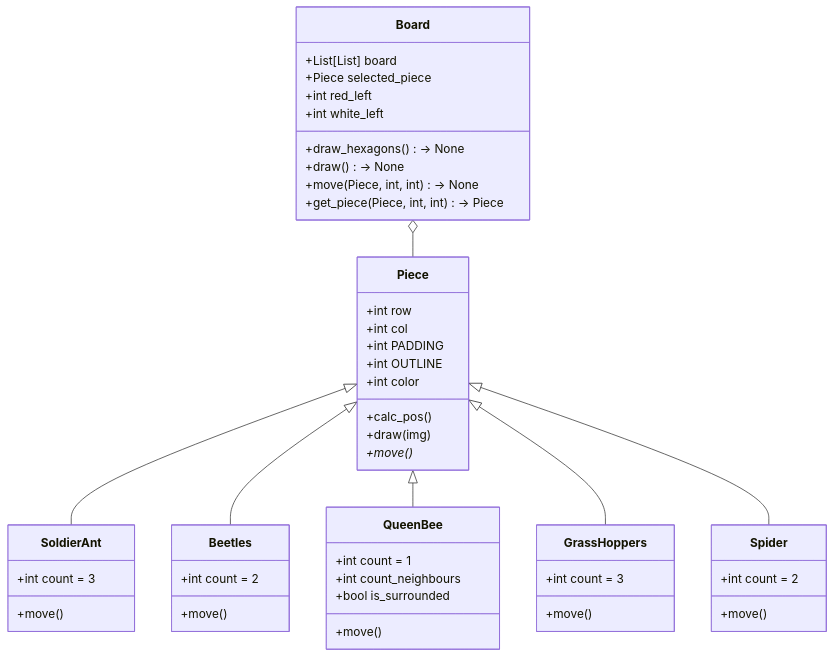
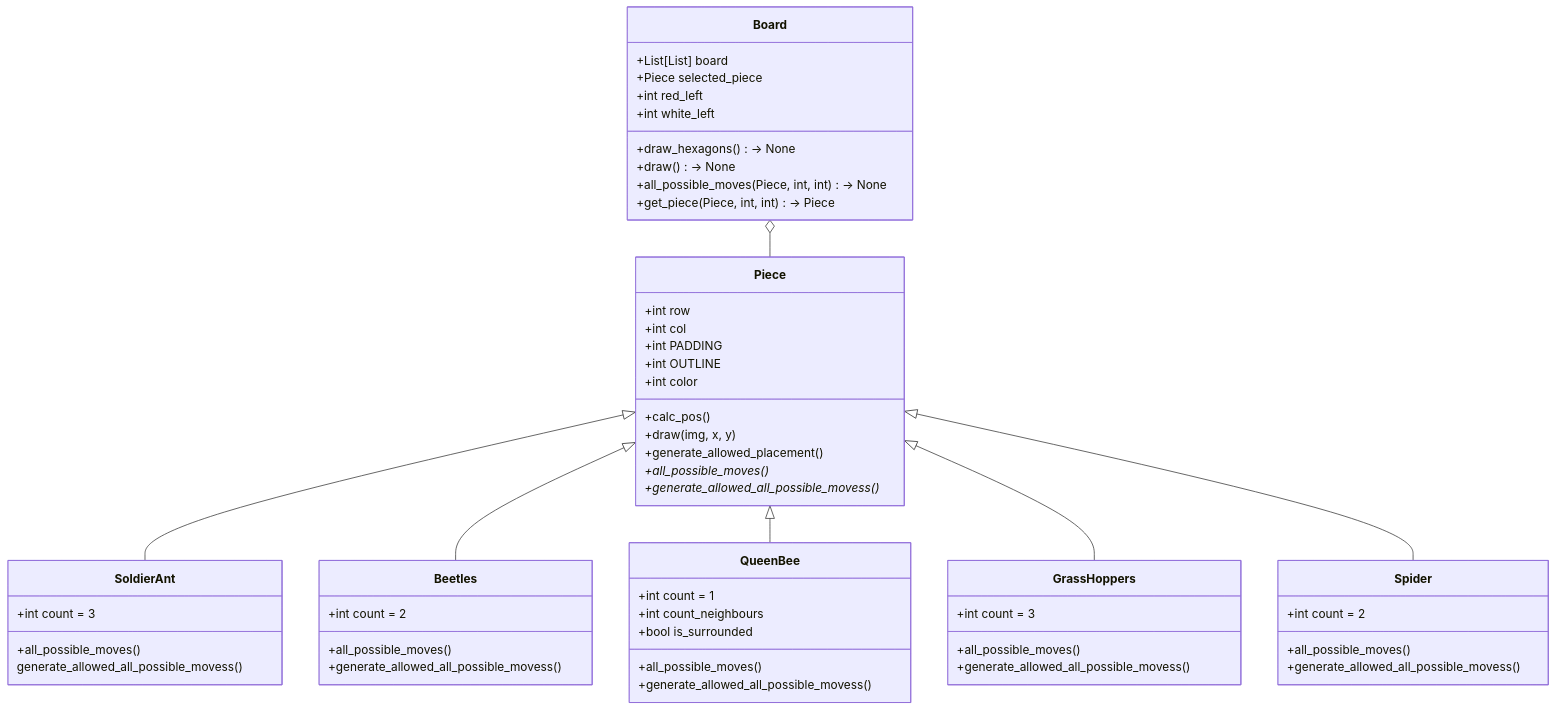
One commit to omaremadd/Hive-Game changed the diagram in Classes.md. Above: the diagram before and after it, drawn with Mermaid.

Commit message:
Modified diagrams Added some abstract functions

````diff
--- a/Classes.md
+++ b/Classes.md
@@ -3,51 +3,58 @@
 ```mermaid
 classDiagram
     Board: +List[List] board
     Board: +Piece selected_piece
     Board: +int red_left
     Board: +int white_left
     Board: +draw_hexagons()-> None
     Board: +draw()-> None
-    Board: +move(Piece, int, int)-> None
+    Board: +all_possible_moves(Piece, int, int)-> None
     Board: +get_piece(Piece, int, int)-> Piece
 
     Piece: +int row
     Piece: +int col
     Piece: +int PADDING
     Piece: +int OUTLINE
     Piece: +int color
     Piece: +calc_pos()
-    Piece: +draw(img)
-    Piece: +move()*
+    Piece: +draw(img, x, y)
+    Piece: +generate_allowed_placement()
+    Piece: +all_possible_moves()*
+    Piece: +generate_allowed_all_possible_movess()*
 
     class SoldierAnt{
         +int count = 3
-        +move()
+        +all_possible_moves()
+        generate_allowed_all_possible_movess()
     }    
     class Beetles{
         +int count = 2
-        +move()
+        +all_possible_moves()
+        +generate_allowed_all_possible_movess()
     }
     class QueenBee{
         +int count = 1
         +int count_neighbours
         +bool is_surrounded
-        +move()
+        +all_possible_moves()
+        +generate_allowed_all_possible_movess()
     }
     class GrassHoppers{
         +int count = 3
-        +move()
+        +all_possible_moves()
+        +generate_allowed_all_possible_movess()
     }
         class Spider{
         +int count = 2
-        +move()
+        +all_possible_moves()
+        +generate_allowed_all_possible_movess()
     }
 
     Board o-- Piece
     Piece <|-- SoldierAnt
     Piece <|-- Beetles
     Piece <|-- QueenBee
     Piece <|-- GrassHoppers
     Piece <|-- Spider
 
 ```
````
